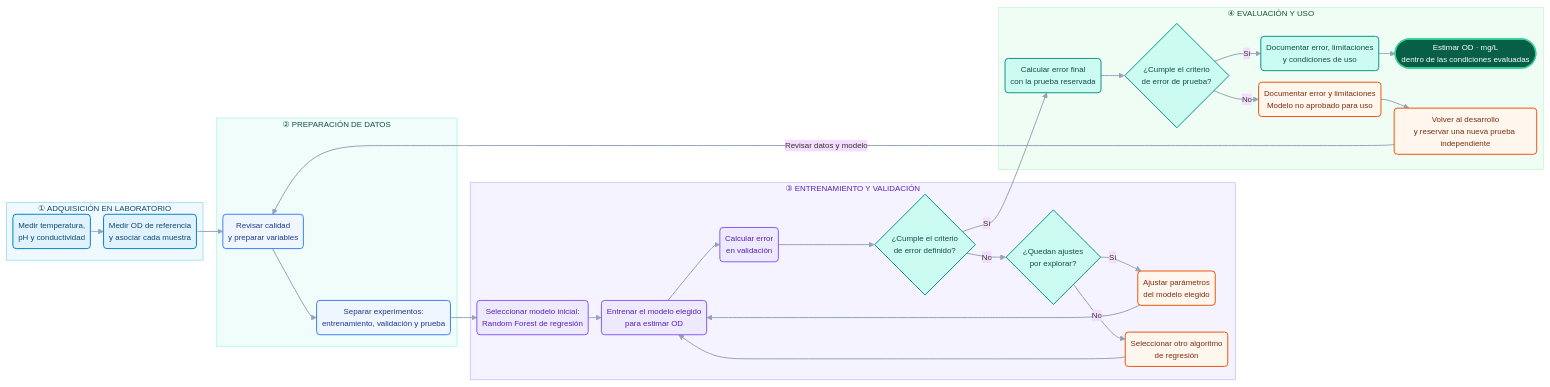
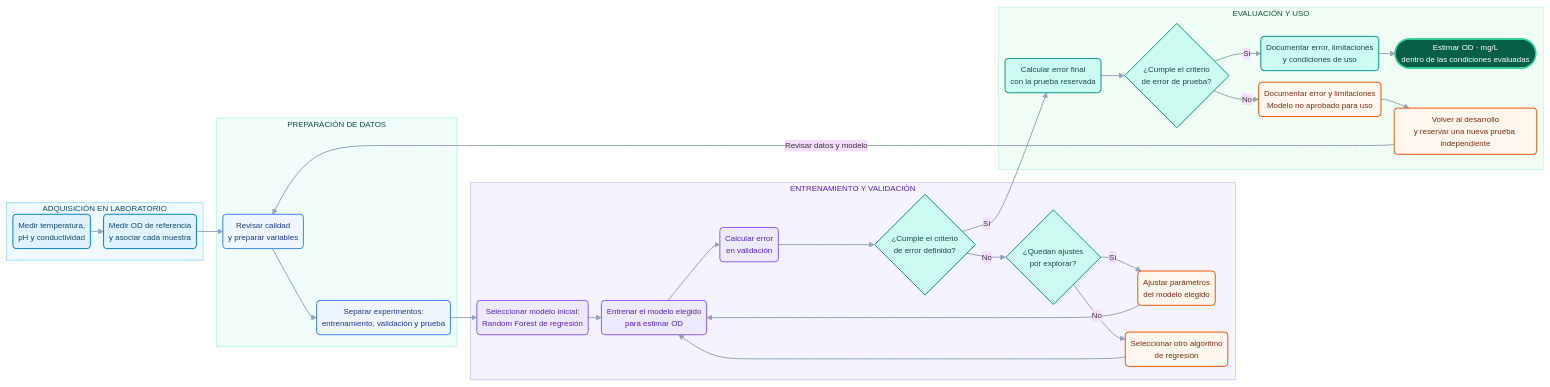
One commit to Marco404-Dev/PI_Equipo_09 changed the diagram in README.md. Above: the diagram before and after it, drawn with Mermaid.

````diff
--- a/README.md
+++ b/README.md
@@ -297,66 +297,66 @@
 ```mermaid
 %%{init: {"theme": "base", "themeVariables": {"fontSize": "12px"}, "flowchart": {"nodeSpacing": 15, "rankSpacing": 20, "padding": 8}}}%%
 flowchart LR
-    subgraph S1["① ADQUISICIÓN EN LABORATORIO"]
+    subgraph S1["ADQUISICIÓN EN LABORATORIO"]
         A("Medir temperatura,<br/>pH y conductividad")
         B("Medir OD de referencia<br/>y asociar cada muestra")
         A --> B
     end
 
-    subgraph S2["② PREPARACIÓN DE DATOS"]
+    subgraph S2["PREPARACIÓN DE DATOS"]
         C("Revisar calidad<br/>y preparar variables")
         D("Separar experimentos:<br/>entrenamiento, validación y prueba")
         C --> D
     end
 
-    subgraph S3["③ ENTRENAMIENTO Y VALIDACIÓN"]
+    subgraph S3["ENTRENAMIENTO Y VALIDACIÓN"]
         N("Seleccionar modelo inicial:<br/>Random Forest de regresión")
         E("Entrenar el modelo elegido<br/>para estimar OD")
         F("Calcular error<br/>en validación")
         G{"¿Cumple el criterio<br/>de error definido?"}
         Q{"¿Quedan ajustes<br/>por explorar?"}
         H("Ajustar parámetros<br/>del modelo elegido")
         R("Seleccionar otro algoritmo<br/>de regresión")
         N --> E --> F --> G
         G -- No --> Q
         Q -- Sí --> H --> E
         Q -- No --> R --> E
     end
 
-    subgraph S4["④ EVALUACIÓN Y USO"]
+    subgraph S4["EVALUACIÓN Y USO"]
         I("Calcular error final<br/>con la prueba reservada")
         P{"¿Cumple el criterio<br/>de error de prueba?"}
         J("Documentar error, limitaciones<br/>y condiciones de uso")
         K(["Estimar OD · mg/L<br/>dentro de las condiciones evaluadas"])
         L("Documentar error y limitaciones<br/>Modelo no aprobado para uso")
         M("Volver al desarrollo<br/>y reservar una nueva prueba independiente")
         I --> P
         P -- Sí --> J --> K
         P -- No --> L --> M
     end
 
     B --> C
     D --> N
     G -- Sí --> I
     M -- Revisar datos y modelo --> C
 
     classDef datos fill:#E0F2FE,stroke:#0284C7,color:#0C4A6E,stroke-width:1.5px;
     classDef preparacion fill:#EFF6FF,stroke:#3B82F6,color:#1E3A8A,stroke-width:1.5px;
     classDef modelo fill:#EDE9FE,stroke:#8B5CF6,color:#5B21B6,stroke-width:1.5px;
     classDef decision fill:#CCFBF1,stroke:#0D9488,color:#134E4A,stroke-width:1.5px;
     classDef revision fill:#FFF7ED,stroke:#EA580C,color:#7C2D12,stroke-width:1.5px;
     classDef resultado fill:#065F46,stroke:#34D399,color:#FFFFFF,stroke-width:2px;
 
     class A,B datos;
     class C,D preparacion;
     class N,E,F modelo;
     class G,Q,I,J,P decision;
     class H,R,L,M revision;
     class K resultado;
 
     style S1 fill:#F0F9FF,stroke:#7DD3FC,color:#0C4A6E
     style S2 fill:#F0FDFA,stroke:#99F6E4,color:#134E4A
     style S3 fill:#F5F3FF,stroke:#C4B5FD,color:#5B21B6
     style S4 fill:#F0FDF4,stroke:#BBF7D0,color:#14532D
     linkStyle default stroke:#94A3B8,stroke-width:1.5px;
 ```
````
